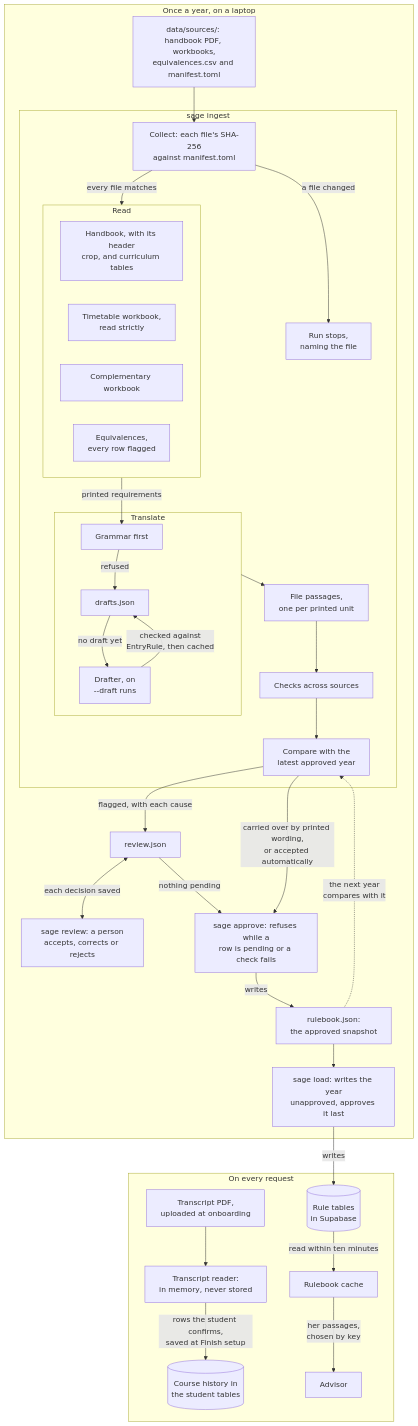
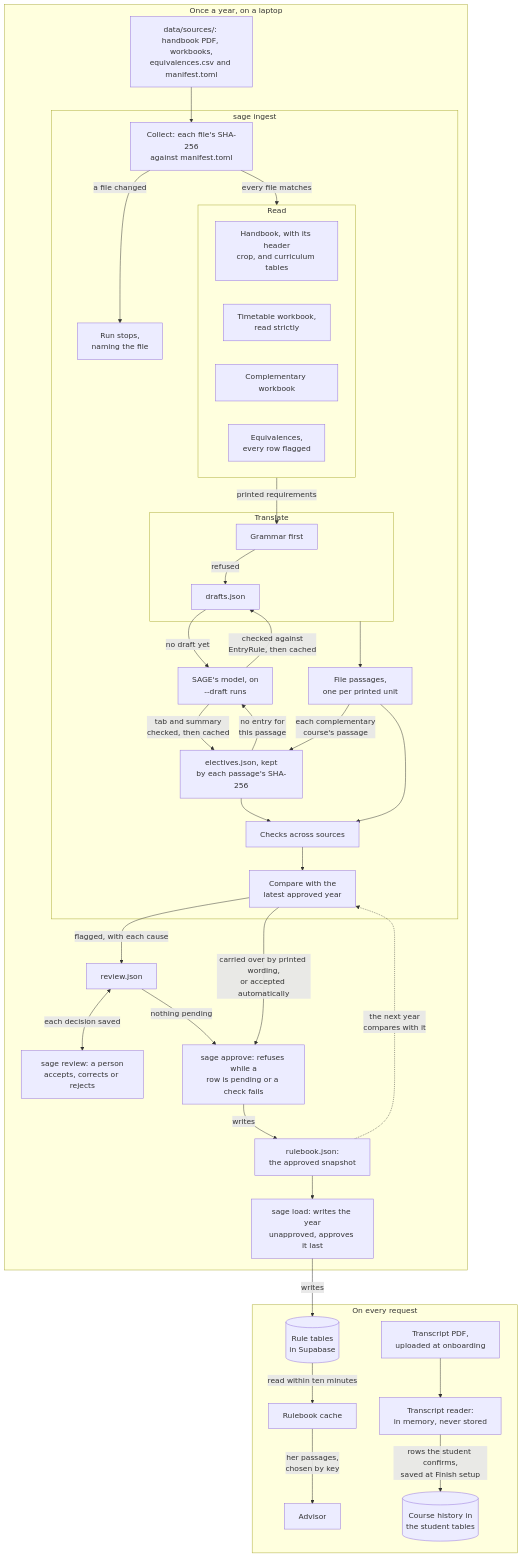
The third of 3 diagrams in docs/architecture.md (BumeMxenge/SAGE), drawn with Mermaid before and after one commit. The commit also changed other lines of this file and 3 other files, not shown here.

````diff
--- a/docs/architecture.md
+++ b/docs/architecture.md
@@ -117,60 +116,65 @@
 ```mermaid
 flowchart TB
     subgraph laptop["Once a year, on a laptop"]
         sources["data/sources/: handbook PDF, workbooks,<br>equivalences.csv and manifest.toml"]
         subgraph ingest["sage ingest"]
             collect["Collect: each file's SHA-256<br>against manifest.toml"]
             stopped["Run stops,<br>naming the file"]
             subgraph read["Read"]
                 handbook["Handbook, with its header<br>crop, and curriculum tables"]
                 timetable["Timetable workbook,<br>read strictly"]
                 workbook["Complementary workbook"]
                 equivalences["Equivalences,<br>every row flagged"]
             end
             subgraph translate["Translate"]
                 grammar["Grammar first"]
                 drafts["drafts.json"]
-                drafter["Drafter, on<br>--draft runs"]
             end
             passages["File passages,<br>one per printed unit"]
+            electives["electives.json, kept<br>by each passage's SHA-256"]
+            model["SAGE's model, on<br>--draft runs"]
             checks["Checks across sources"]
             compare["Compare with the<br>latest approved year"]
         end
         reviewFile["review.json"]
         review["sage review: a person<br>accepts, corrects or rejects"]
         approve["sage approve: refuses while a<br>row is pending or a check fails"]
         snapshot["rulebook.json:<br>the approved snapshot"]
         load["sage load: writes the year<br>unapproved, approves it last"]
     end
     subgraph cloud["On every request"]
         tables[("Rule tables<br>in Supabase")]
         cache["Rulebook cache"]
         upload["Transcript PDF,<br>uploaded at onboarding"]
         reader["Transcript reader:<br>in memory, never stored"]
         history[("Course history in<br>the student tables")]
         advisorFlow["Advisor"]
     end
 
     sources --> collect
     collect -->|"a file changed"| stopped
     collect -->|"every file matches"| read
     read -->|"printed requirements"| grammar
     grammar -->|"refused"| drafts
-    drafts -->|"no draft yet"| drafter
-    drafter -->|"checked against<br>EntryRule, then cached"| drafts
+    drafts -->|"no draft yet"| model
+    model -->|"checked against<br>EntryRule, then cached"| drafts
     translate --> passages
+    passages -->|"each complementary<br>course's passage"| electives
+    electives -->|"no entry for<br>this passage"| model
+    model -->|"tab and summary<br>checked, then cached"| electives
+    electives --> checks
     passages --> checks
     checks --> compare
     compare -->|"flagged, with each cause"| reviewFile
     reviewFile <-->|"each decision saved"| review
     reviewFile -->|"nothing pending"| approve
     compare -->|"carried over by printed wording,<br>or accepted automatically"| approve
     approve -->|"writes"| snapshot
     snapshot -.->|"the next year<br>compares with it"| compare
     snapshot --> load
     load -->|"writes"| tables
     tables -->|"read within ten minutes"| cache
     cache -->|"her passages,<br>chosen by key"| advisorFlow
     upload --> reader
     reader -->|"rows the student confirms,<br>saved at Finish setup"| history
 ```
````
